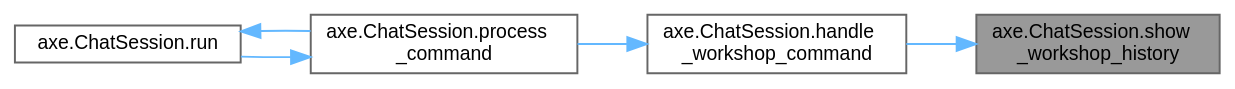
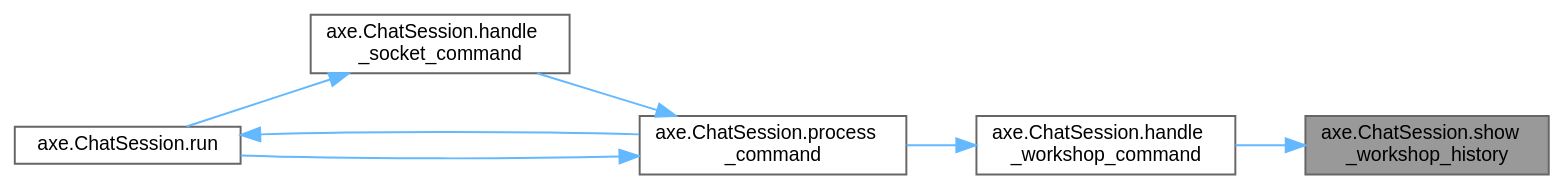
Before and after one commit to EdgeOfAssembly/AXE: the diagram in llm_prep/dot_graphs_doxygen/classaxe_1_1ChatSession_a5ae75ad1fa38a10487d6b6e5e4db8710_icgraph.dot, drawn with Graphviz. The commit also changed 1326 other files, not shown here.

```diff
--- a/llm_prep/dot_graphs_doxygen/classaxe_1_1ChatSession_a5ae75ad1fa38a10487d6b6e5e4db8710_icgraph.dot
+++ b/llm_prep/dot_graphs_doxygen/classaxe_1_1ChatSession_a5ae75ad1fa38a10487d6b6e5e4db8710_icgraph.dot
@@ -1,16 +1,19 @@
 digraph "axe.ChatSession.show_workshop_history"
 {
  // LATEX_PDF_SIZE
   bgcolor="transparent";
   edge [fontname=Helvetica,fontsize=10,labelfontname=Helvetica,labelfontsize=10];
   node [fontname=Helvetica,fontsize=10,shape=box,height=0.2,width=0.4];
   rankdir="RL";
   Node1 [id="Node000001",label="axe.ChatSession.show\l_workshop_history",height=0.2,width=0.4,color="gray40", fillcolor="grey60", style="filled", fontcolor="black",tooltip=" "];
   Node1 -> Node2 [id="edge1_Node000001_Node000002",dir="back",color="steelblue1",style="solid",tooltip=" "];
   Node2 [id="Node000002",label="axe.ChatSession.handle\l_workshop_command",height=0.2,width=0.4,color="grey40", fillcolor="white", style="filled",URL="$classaxe_1_1ChatSession.html#ad1395c2247996d061ec1a9cc47621bdf",tooltip=" "];
   Node2 -> Node3 [id="edge2_Node000002_Node000003",dir="back",color="steelblue1",style="solid",tooltip=" "];
   Node3 [id="Node000003",label="axe.ChatSession.process\l_command",height=0.2,width=0.4,color="grey40", fillcolor="white", style="filled",URL="$classaxe_1_1ChatSession.html#aaa359a2981c69ef0b93b8b48e259e007",tooltip=" "];
   Node3 -> Node4 [id="edge3_Node000003_Node000004",dir="back",color="steelblue1",style="solid",tooltip=" "];
-  Node4 [id="Node000004",label="axe.ChatSession.run",height=0.2,width=0.4,color="grey40", fillcolor="white", style="filled",URL="$classaxe_1_1ChatSession.html#a68cb42802ab49b009bbfc87e9d7e8f78",tooltip=" "];
-  Node4 -> Node3 [id="edge4_Node000004_Node000003",dir="back",color="steelblue1",style="solid",tooltip=" "];
+  Node4 [id="Node000004",label="axe.ChatSession.handle\l_socket_command",height=0.2,width=0.4,color="grey40", fillcolor="white", style="filled",URL="$classaxe_1_1ChatSession.html#a00f4c50861d88ce623a2c2db3ba0bd0b",tooltip=" "];
+  Node4 -> Node5 [id="edge4_Node000004_Node000005",dir="back",color="steelblue1",style="solid",tooltip=" "];
+  Node5 [id="Node000005",label="axe.ChatSession.run",height=0.2,width=0.4,color="grey40", fillcolor="white", style="filled",URL="$classaxe_1_1ChatSession.html#a68cb42802ab49b009bbfc87e9d7e8f78",tooltip=" "];
+  Node5 -> Node3 [id="edge5_Node000005_Node000003",dir="back",color="steelblue1",style="solid",tooltip=" "];
+  Node3 -> Node5 [id="edge6_Node000003_Node000005",dir="back",color="steelblue1",style="solid",tooltip=" "];
 }
```
